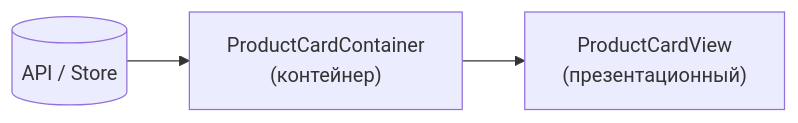
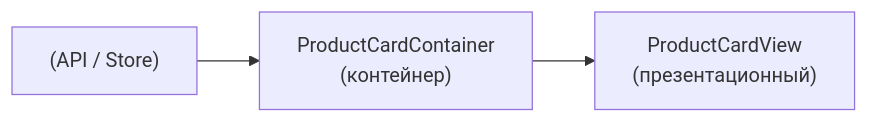
Before and after one commit to DDoSKudya/ai-study-atlas: the first of 2 diagrams in directions/architecture/pact/25_frontend_komponentnaya_arkhitektura/02_25_2_konteynery_prezentatsionnye_i_sostavnye_komponenty.md, drawn with Mermaid. The commit also changed 322 other files, not shown here.

Commit message:
fix(docs): make mermaid diagrams GitHub-compatible across directions content

````diff
--- a/directions/architecture/pact/25_frontend_komponentnaya_arkhitektura/02_25_2_konteynery_prezentatsionnye_i_sostavnye_komponenty.md
+++ b/directions/architecture/pact/25_frontend_komponentnaya_arkhitektura/02_25_2_konteynery_prezentatsionnye_i_sostavnye_komponenty.md
@@ -234,9 +234,9 @@
 ```mermaid
 flowchart LR
-  API[(API / Store)]
+  API["(API / Store)"]
   Container["ProductCardContainer<br/>(контейнер)"]
   View["ProductCardView<br/>(презентационный)"]
 
   API --> Container
   Container --> View
 ```
````
